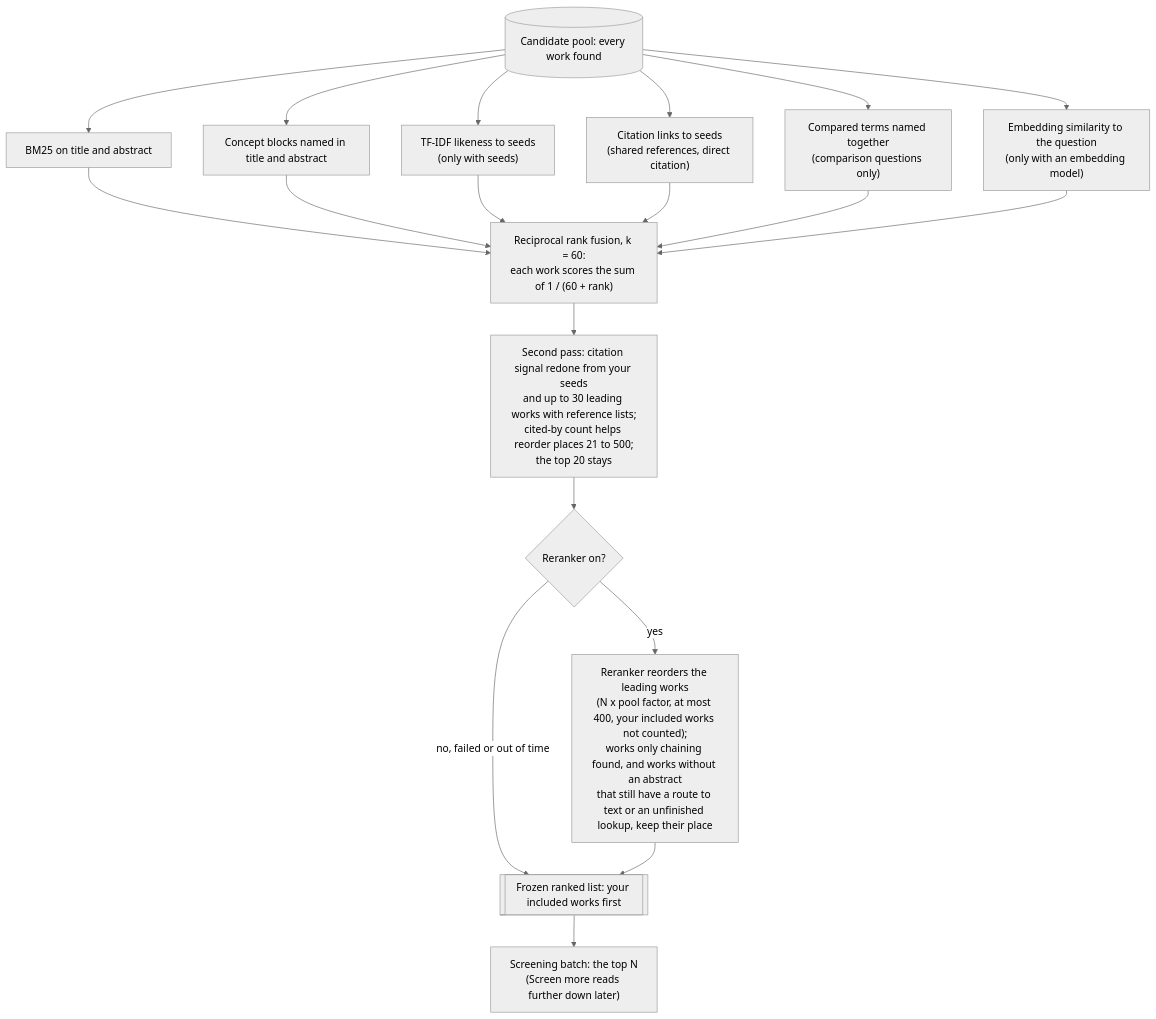
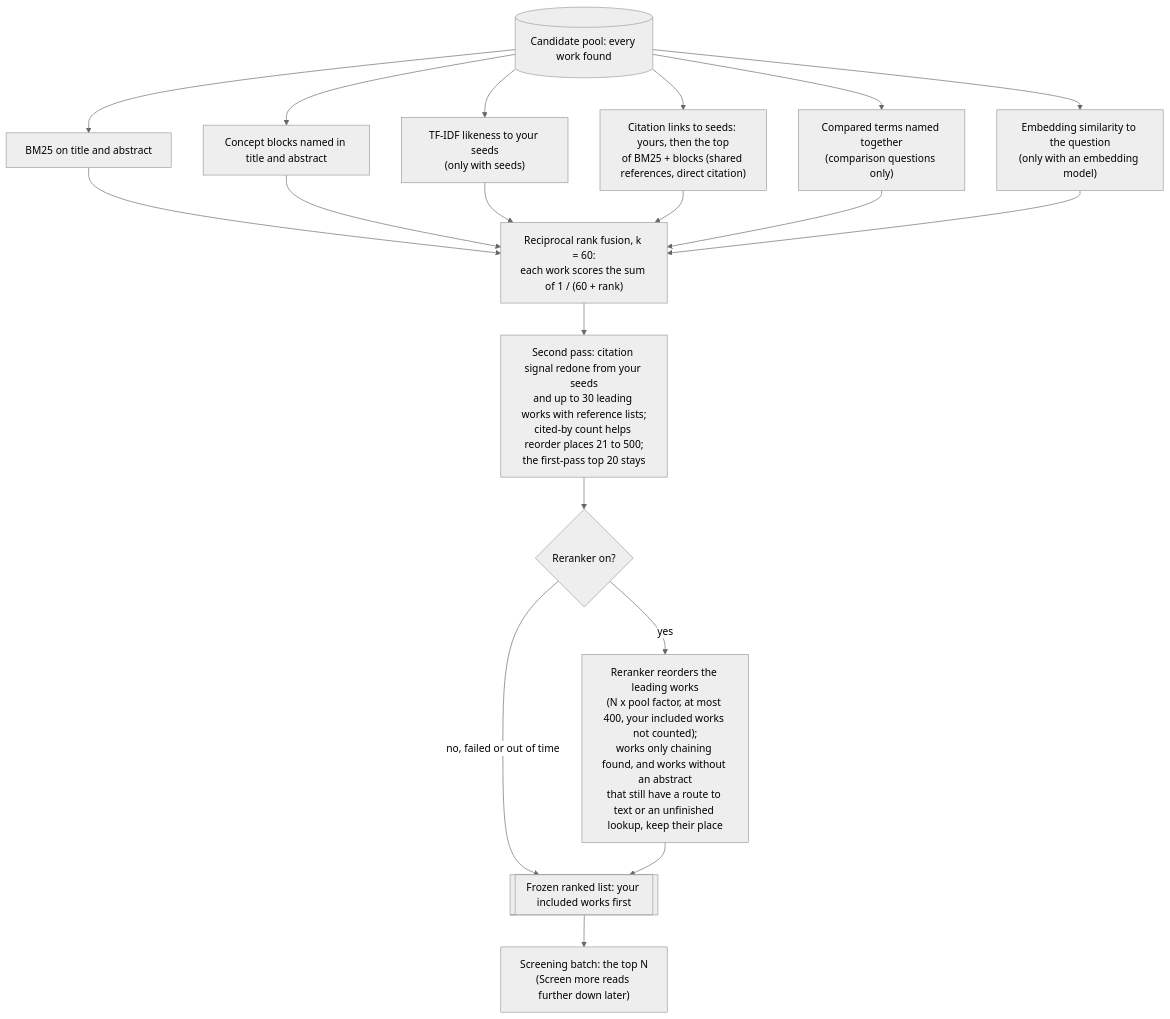
The second of 2 diagrams in docs/search.md (huguryildiz/DEIXIS), drawn with Mermaid (neutral theme) before and after one commit. The commit also changed other lines of this file, not shown here.

````diff
--- a/docs/search.md
+++ b/docs/search.md
@@ -50,21 +60,21 @@
 ```mermaid
 flowchart TD
     POOL[("Candidate pool: every work found")] --> B["BM25 on title and abstract"]
     POOL --> BL["Concept blocks named in title and abstract"]
-    POOL --> TF["TF-IDF likeness to seeds<br/>(only with seeds)"]
-    POOL --> G["Citation links to seeds<br/>(shared references, direct citation)"]
+    POOL --> TF["TF-IDF likeness to your seeds<br/>(only with seeds)"]
+    POOL --> G["Citation links to seeds: yours, then the top<br/>of BM25 + blocks (shared references, direct citation)"]
     POOL --> J["Compared terms named together<br/>(comparison questions only)"]
     POOL --> E["Embedding similarity to the question<br/>(only with an embedding model)"]
     B --> F["Reciprocal rank fusion, k = 60:<br/>each work scores the sum of 1 / (60 + rank)"]
     BL --> F
     TF --> F
     G --> F
     J --> F
     E --> F
-    F --> P2["Second pass: citation signal redone from your seeds<br/>and up to 30 leading works with reference lists;<br/>cited-by count helps reorder places 21 to 500;<br/>the top 20 stays"]
+    F --> P2["Second pass: citation signal redone from your seeds<br/>and up to 30 leading works with reference lists;<br/>cited-by count helps reorder places 21 to 500;<br/>the first-pass top 20 stays"]
     P2 --> RR{"Reranker on?"}
     RR -->|"yes"| RRK["Reranker reorders the leading works<br/>(N x pool factor, at most 400, your included works not counted);<br/>works only chaining found, and works without an abstract<br/>that still have a route to text or an unfinished lookup, keep their place"]
     RR -->|"no, failed or out of time"| LIST
     RRK --> LIST[["Frozen ranked list: your included works first"]]
     LIST --> BATCH["Screening batch: the top N<br/>(Screen more reads further down later)"]
 ```
````
